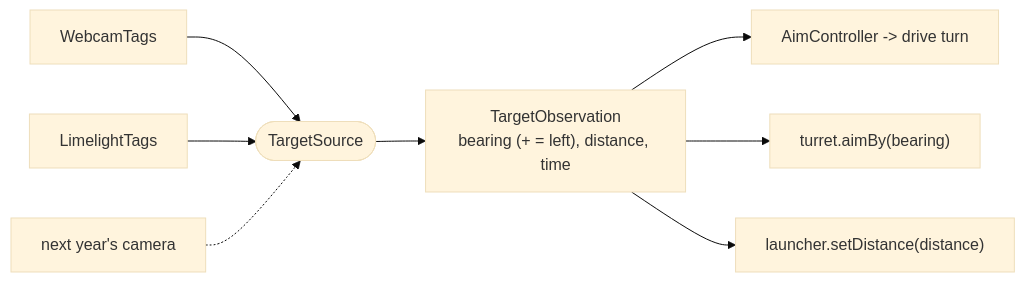
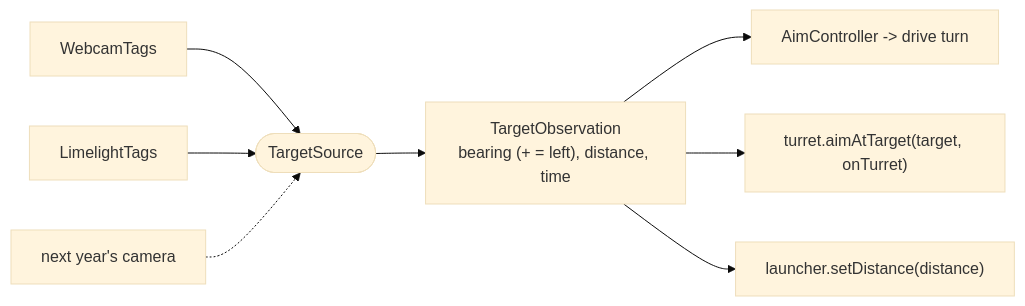
Before and after one commit to crossbotics/ftc-helper-lib: the diagram in docs/modules/vision.md, drawn with Mermaid (base theme). The commit also changed other lines of this file and 34 other files, not shown here.

````diff
--- a/docs/modules/vision.md
+++ b/docs/modules/vision.md
@@ -18,10 +18,10 @@
 ```mermaid
 flowchart LR
     W["WebcamTags"] --> S(["TargetSource"])
     L["LimelightTags"] --> S
     N["next year's camera"] -.-> S
     S --> O["TargetObservation<br/>bearing (+ = left), distance, time"]
     O --> A["AimController -> drive turn"]
-    O --> T["turret.aimBy(bearing)"]
+    O --> T["turret.aimAtTarget(target, onTurret)"]
     O --> D["launcher.setDistance(distance)"]
 ```
````
